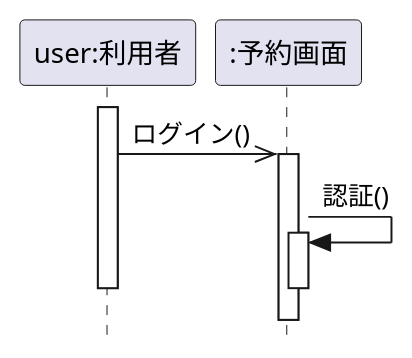
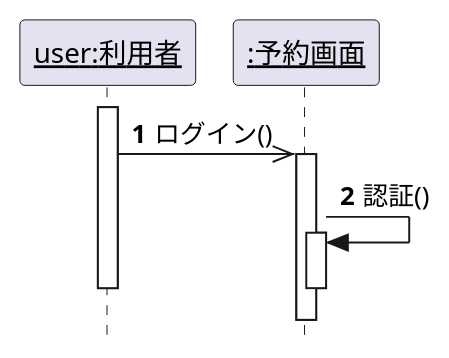
One commit to hosokawa3217/uml-exercises changed the diagram in 演習4-2_SD_利用者と予約画面.pu. Above: the diagram before and after it, drawn with PlantUML. The commit also changed 13 other files, not shown here.

```diff
--- a/演習4-2_SD_利用者と予約画面.pu
+++ b/演習4-2_SD_利用者と予約画面.pu
@@ -1,18 +1,16 @@
-@startuml
+@startuml 演習4-2_SD_利用者と予約画面.pu
 hide footbox
- /' 厳密なUMLに準拠する '/
 skinparam style strictuml
-participant "user:利用者" as user
-participant ":予約画面" as yoyaku
-
+participant "<u>user:利用者</u>" as user
+participant "<u>:予約画面</u>" as yoyaku
+autonumber
 activate  user
 user ->> yoyaku : ログイン()
   activate  yoyaku
     yoyaku -> yoyaku : 認証()
     activate  yoyaku
     ' yoyaku --> yoyaku 
   deactivate  yoyaku
-
 deactivate user
 
 @enduml
```
